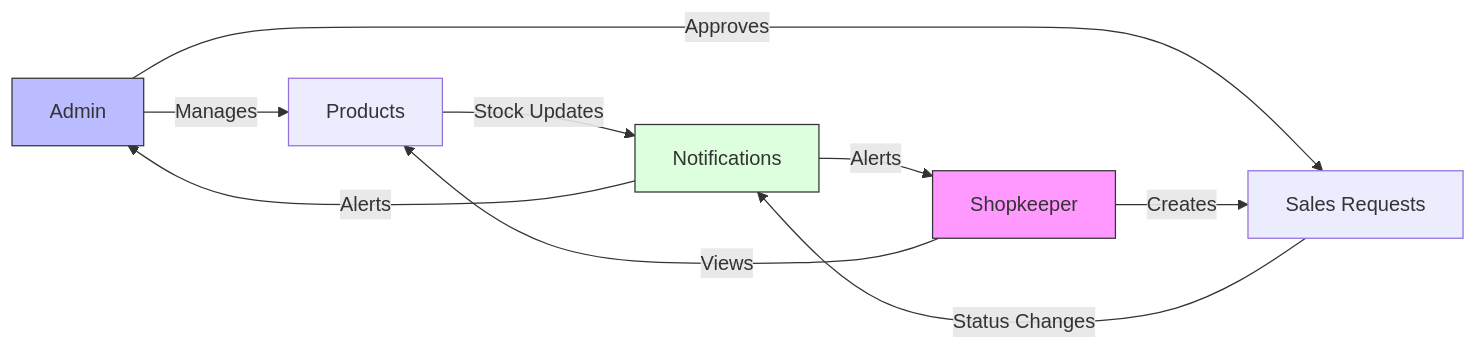
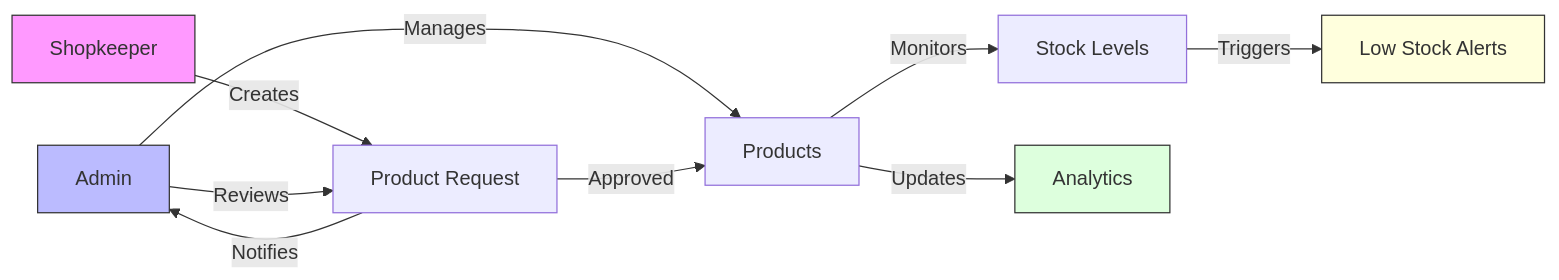
One commit to dipandhali2021/jims changed the third of 3 diagrams in README.md. Above: the diagram before and after it, drawn with Mermaid. The commit also changed other lines of this file and 3 other files, not shown here.

````diff
--- a/README.md
+++ b/README.md
@@ -55,14 +93,15 @@
 ```mermaid
 flowchart LR
     A[Admin] -->|Manages| B[Products]
-    A -->|Approves| C[Sales Requests]
-    D[Shopkeeper] -->|Views| B
-    D -->|Creates| C
-    B -->|Stock Updates| E[Notifications]
-    C -->|Status Changes| E
-    E -->|Alerts| A
-    E -->|Alerts| D
+    B -->|Monitors| C[Stock Levels]
+    C -->|Triggers| D[Low Stock Alerts]
+    E[Shopkeeper] -->|Creates| F[Product Request]
+    F -->|Notifies| A
+    A -->|Reviews| F
+    F -->|Approved| B
+    B -->|Updates| G[Analytics]
     style A fill:#bbf,stroke:#333
-    style D fill:#f9f,stroke:#333
-    style E fill:#dfd,stroke:#333
+    style E fill:#f9f,stroke:#333
+    style D fill:#ffd,stroke:#333
+    style G fill:#dfd,stroke:#333
 ```
````
